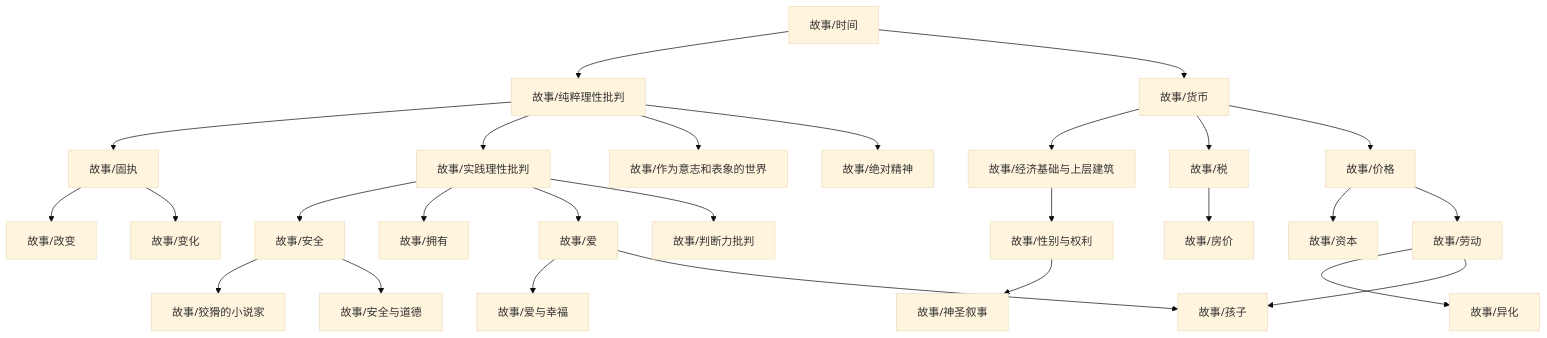
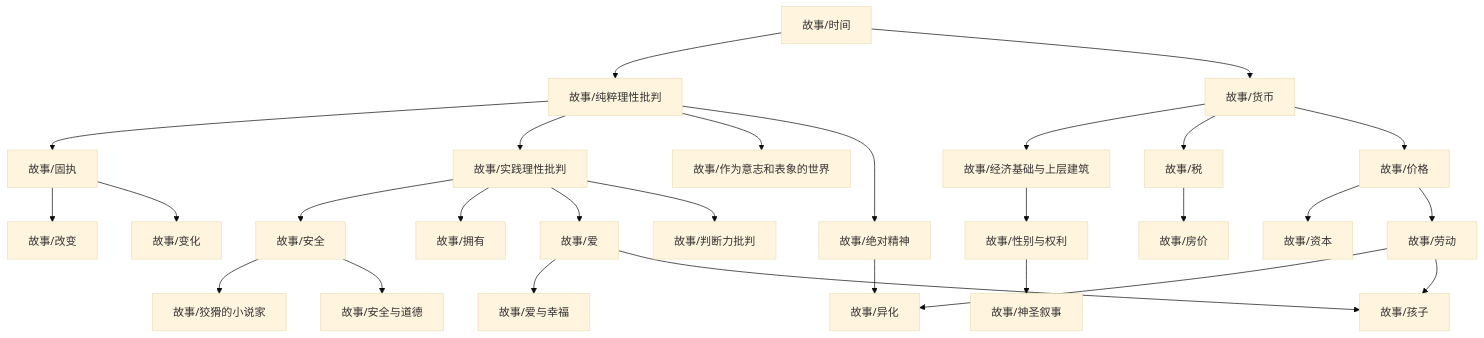
Before and after one commit to zeroDtree/zeroDtree.github.io: the diagram in content/故事/dependency_graph.md, drawn with Mermaid (base theme). The commit also changed 15 other files, not shown here.

````diff
--- a/content/故事/dependency_graph.md
+++ b/content/故事/dependency_graph.md
@@ -1,29 +1,30 @@
 ```mermaid
 graph TD
 1["故事/劳动"] --> 0["故事/异化"]
-3["故事/纯粹理性批判"] --> 2["故事/固执"]
-5["故事/经济基础与上层建筑"] --> 4["故事/性别与权利"]
-7["故事/价格"] --> 6["故事/资本"]
-2["故事/固执"] --> 8["故事/改变"]
-10["故事/安全"] --> 9["故事/狡猾的小说家"]
-3["故事/纯粹理性批判"] --> 11["故事/实践理性批判"]
-12["故事/时间"] --> 3["故事/纯粹理性批判"]
-11["故事/实践理性批判"] --> 10["故事/安全"]
-13["故事/货币"] --> 5["故事/经济基础与上层建筑"]
-11["故事/实践理性批判"] --> 14["故事/拥有"]
-13["故事/货币"] --> 15["故事/税"]
-15["故事/税"] --> 16["故事/房价"]
-2["故事/固执"] --> 17["故事/变化"]
-11["故事/实践理性批判"] --> 18["故事/爱"]
-13["故事/货币"] --> 7["故事/价格"]
-3["故事/纯粹理性批判"] --> 20["故事/作为意志和表象的世界"]
-3["故事/纯粹理性批判"] --> 21["故事/绝对精神"]
-10["故事/安全"] --> 22["故事/安全与道德"]
-4["故事/性别与权利"] --> 23["故事/神圣叙事"]
-18["故事/爱"] --> 24["故事/爱与幸福"]
-12["故事/时间"] --> 13["故事/货币"]
-18["故事/爱"] --> 25["故事/孩子"]
+2["故事/绝对精神"] --> 0["故事/异化"]
+4["故事/纯粹理性批判"] --> 3["故事/固执"]
+6["故事/经济基础与上层建筑"] --> 5["故事/性别与权利"]
+8["故事/价格"] --> 7["故事/资本"]
+3["故事/固执"] --> 9["故事/改变"]
+11["故事/安全"] --> 10["故事/狡猾的小说家"]
+4["故事/纯粹理性批判"] --> 12["故事/实践理性批判"]
+13["故事/时间"] --> 4["故事/纯粹理性批判"]
+12["故事/实践理性批判"] --> 11["故事/安全"]
+14["故事/货币"] --> 6["故事/经济基础与上层建筑"]
+12["故事/实践理性批判"] --> 15["故事/拥有"]
+14["故事/货币"] --> 16["故事/税"]
+16["故事/税"] --> 17["故事/房价"]
+3["故事/固执"] --> 18["故事/变化"]
+12["故事/实践理性批判"] --> 19["故事/爱"]
+14["故事/货币"] --> 8["故事/价格"]
+4["故事/纯粹理性批判"] --> 21["故事/作为意志和表象的世界"]
+4["故事/纯粹理性批判"] --> 2["故事/绝对精神"]
+11["故事/安全"] --> 22["故事/安全与道德"]
+5["故事/性别与权利"] --> 23["故事/神圣叙事"]
+19["故事/爱"] --> 24["故事/爱与幸福"]
+13["故事/时间"] --> 14["故事/货币"]
+19["故事/爱"] --> 25["故事/孩子"]
 1["故事/劳动"] --> 25["故事/孩子"]
-7["故事/价格"] --> 1["故事/劳动"]
-11["故事/实践理性批判"] --> 26["故事/判断力批判"]
+8["故事/价格"] --> 1["故事/劳动"]
+12["故事/实践理性批判"] --> 26["故事/判断力批判"]
 ```
````
